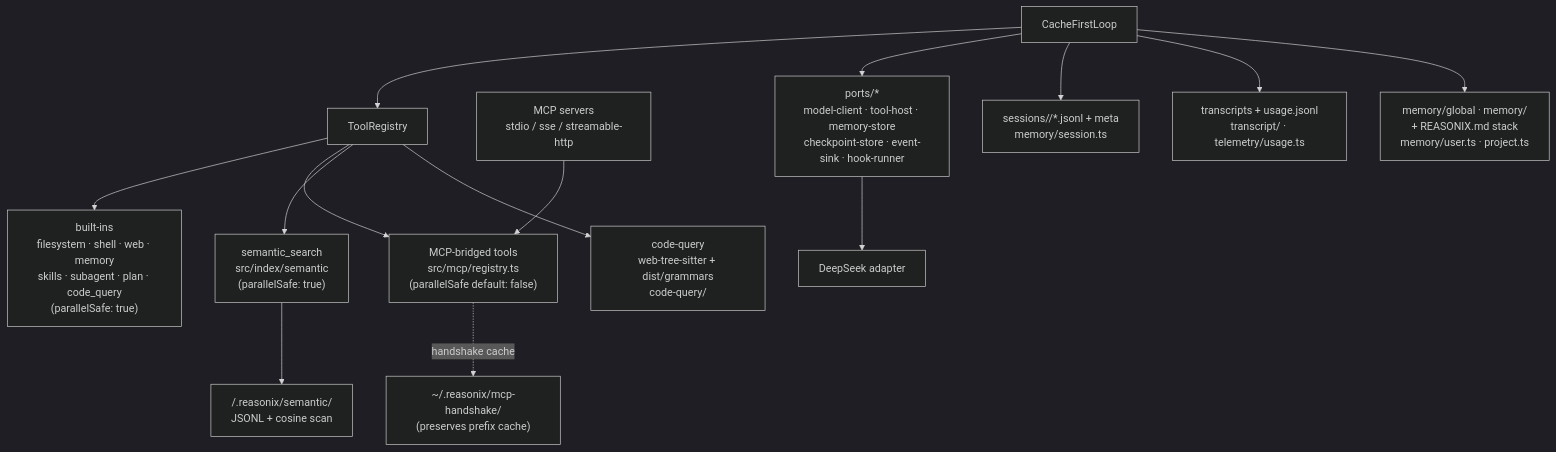
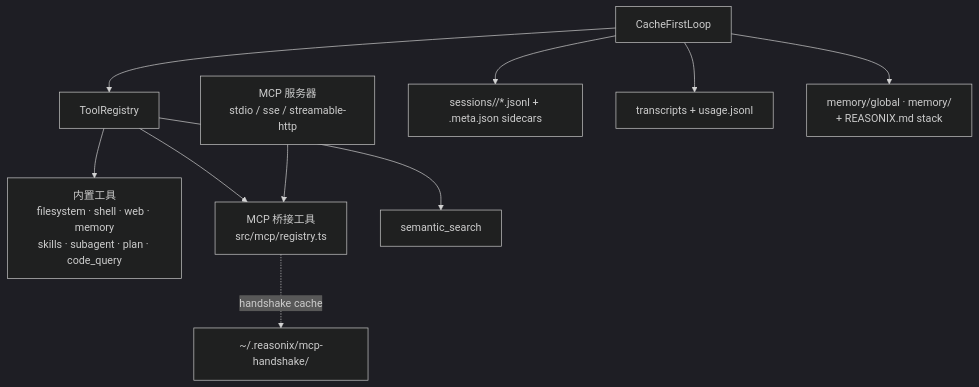
One commit to Zehee/Reasonix-Code changed the seventh of 7 diagrams in docs/flow-overview.md. Above: the diagram before and after it, drawn with Mermaid (dark theme). The commit also changed other lines of this file and 10 other files, not shown here.

````diff
--- a/docs/flow-overview.md
+++ b/docs/flow-overview.md
@@ -253,19 +236,14 @@
 ```mermaid
 flowchart TD
     LOOP["CacheFirstLoop"] --> TOOLS["ToolRegistry"]
-    TOOLS --> BUILTIN["built-ins<br/>filesystem · shell · web · memory<br/>skills · subagent · plan · code_query<br/>(parallelSafe: true)"]
-    TOOLS --> MCPT["MCP-bridged tools<br/>src/mcp/registry.ts<br/>(parallelSafe default: false)"]
-    TOOLS --> SEM["semantic_search<br/>src/index/semantic<br/>(parallelSafe: true)"]
+    TOOLS --> BUILTIN["内置工具<br/>filesystem · shell · web · memory<br/>skills · subagent · plan · code_query"]
+    TOOLS --> MCPT["MCP 桥接工具<br/>src/mcp/registry.ts"]
+    TOOLS --> SEM["semantic_search"]
 
-    MCP["MCP servers<br/>stdio / sse / streamable-http"] --> MCPT
-    MCPT -. handshake cache .-> MCPHC["~/.reasonix/mcp-handshake/<br/>(preserves prefix cache)"]
+    MCP["MCP 服务器<br/>stdio / sse / streamable-http"] --> MCPT
+    MCPT -. handshake cache .-> MCPHC["~/.reasonix/mcp-handshake/"]
 
-    LOOP --> PORTS["ports/*<br/>model-client · tool-host · memory-store<br/>checkpoint-store · event-sink · hook-runner"]
-    PORTS --> DS["DeepSeek adapter"]
-
-    LOOP --> SESS["sessions/<slug>/*.jsonl + meta<br/>memory/session.ts"]
-    LOOP --> TR["transcripts + usage.jsonl<br/>transcript/ · telemetry/usage.ts"]
-    LOOP --> MEM["memory/global · memory/<project><br/>+ REASONIX.md stack<br/>memory/user.ts · project.ts"]
-    TOOLS --> CQ["code-query<br/>web-tree-sitter + dist/grammars<br/>code-query/"]
-    SEM --> SEMIDX["<root>/.reasonix/semantic/<br/>JSONL + cosine scan"]
+    LOOP --> SESS["sessions/<slug>/*.jsonl + .meta.json sidecars"]
+    LOOP --> TR["transcripts + usage.jsonl"]
+    LOOP --> MEM["memory/global · memory/<project><br/>+ REASONIX.md stack"]
 ```
````
